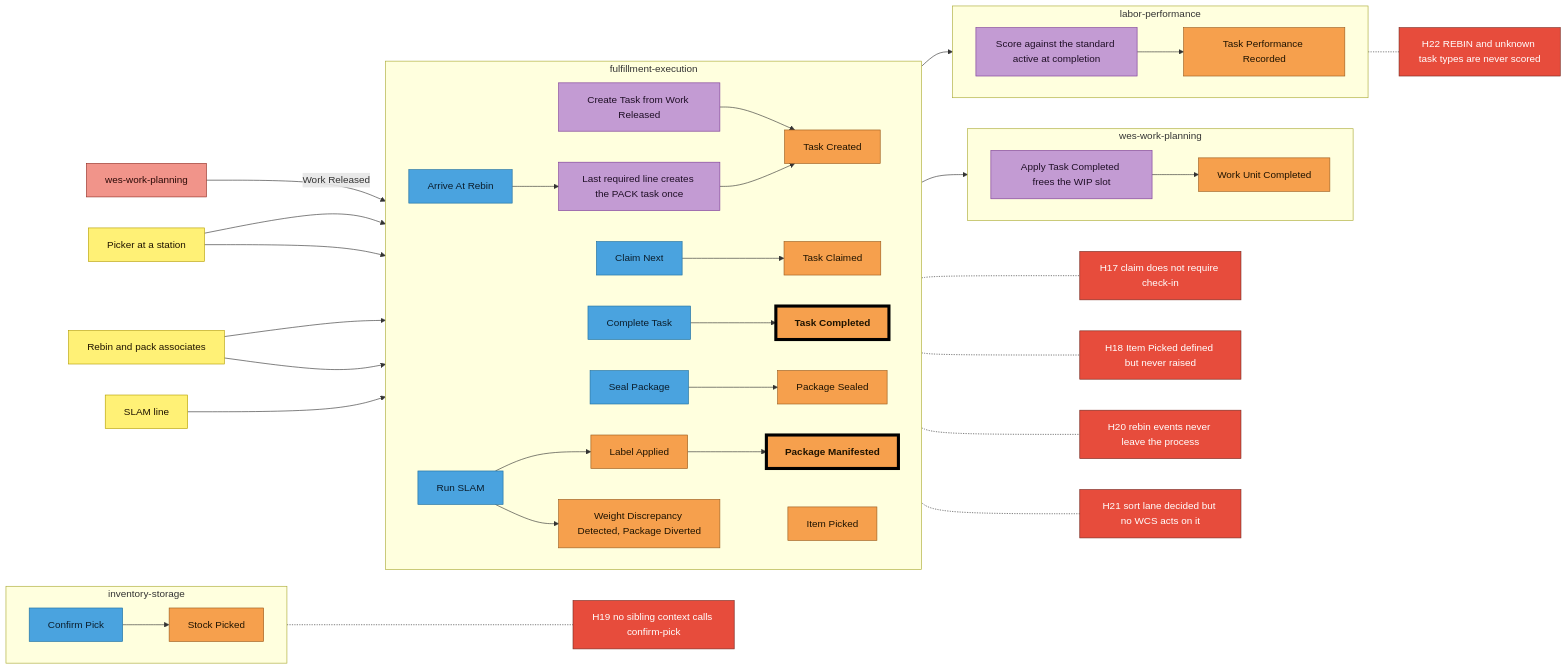
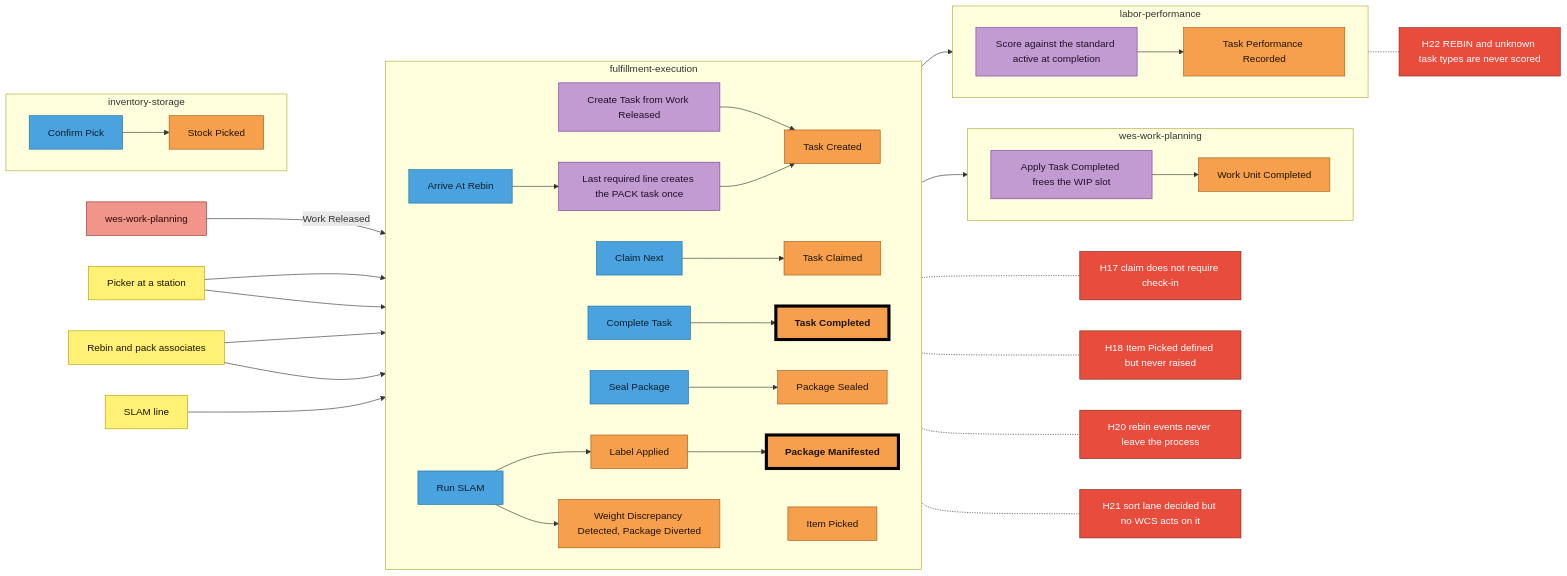
Before and after one commit to IQVO/warehouse-docs: the sixth of 7 diagrams in docs/strategic-design/eventstorming-big-picture.md, drawn with Mermaid. The commit also changed other lines of this file and 118 other files, not shown here.

First line of the commit message:
docs: confirm-pick is built; resync specs and pages; regenerate references (#30)

````diff
--- a/docs/strategic-design/eventstorming-big-picture.md
+++ b/docs/strategic-design/eventstorming-big-picture.md
@@ -446,74 +446,72 @@
 ```mermaid
 flowchart LR
     WPX["wes-work-planning"]:::external
     PICK["Picker at a station"]:::actor
     PACK["Rebin and pack associates"]:::actor
     SLAM["SLAM line"]:::actor
     subgraph S_FE["fulfillment-execution"]
         direction LR
         P1["Create Task from Work Released"]:::policy
         E1["Task Created"]:::event
         C1["Claim Next"]:::command
         E2["Task Claimed"]:::event
         C2["Complete Task"]:::command
         E3["Task Completed"]:::pivotal
         E4["Item Picked"]:::event
         C3["Arrive At Rebin"]:::command
         P2["Last required line creates the PACK task once"]:::policy
         C4["Seal Package"]:::command
         E5["Package Sealed"]:::event
         C5["Run SLAM"]:::command
         E6["Label Applied"]:::event
         E7["Weight Discrepancy Detected, Package Diverted"]:::event
         E8["Package Manifested"]:::pivotal
     end
     subgraph S_WWP["wes-work-planning"]
         direction LR
         P3["Apply Task Completed frees the WIP slot"]:::policy
         E9["Work Unit Completed"]:::event
     end
     subgraph S_LP["labor-performance"]
         direction LR
         P4["Score against the standard active at completion"]:::policy
         E10["Task Performance Recorded"]:::event
     end
     subgraph S_INV["inventory-storage"]
         direction LR
         C6["Confirm Pick"]:::command
         E11["Stock Picked"]:::event
     end
 
     WPX -- "Work Released" --> P1 --> E1
     PICK --> C1 --> E2
     PICK --> C2 --> E3
     E3 --> P3 --> E9
     E3 --> P4 --> E10
     PACK --> C3 --> P2 --> E1
     PACK --> C4 --> E5
     SLAM --> C5
     C5 --> E6 --> E8
     C5 --> E7
     C6 --> E11
 
     H17["H17 claim does not require check-in"]:::hotspot
     H18["H18 Item Picked defined but never raised"]:::hotspot
-    H19["H19 no sibling context calls confirm-pick"]:::hotspot
     H20["H20 rebin events never leave the process"]:::hotspot
     H21["H21 sort lane decided but no WCS acts on it"]:::hotspot
     H22["H22 REBIN and unknown task types are never scored"]:::hotspot
     C1 -.- H17
     E4 -.- H18
-    C6 -.- H19
     C3 -.- H20
     E5 -.- H21
     P4 -.- H22
 
     classDef actor fill:#fff176,stroke:#b59f00,color:#1f1300
     classDef command fill:#4aa3df,stroke:#1f6f9f,color:#0b1e2d
     classDef event fill:#f6a04d,stroke:#9a5b1c,color:#1f1300
     classDef pivotal fill:#f6a04d,stroke:#000000,stroke-width:5px,color:#1f1300,font-weight:bold
     classDef policy fill:#c39bd3,stroke:#7d3c98,color:#1f0f26
     classDef readmodel fill:#7dcea0,stroke:#1e8449,color:#0b2614
     classDef external fill:#f1948a,stroke:#922b21,color:#2b0a07
     classDef hotspot fill:#e74c3c,stroke:#78281f,color:#ffffff
 ```
````
